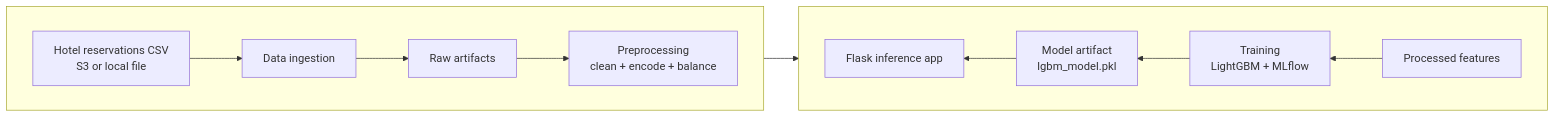
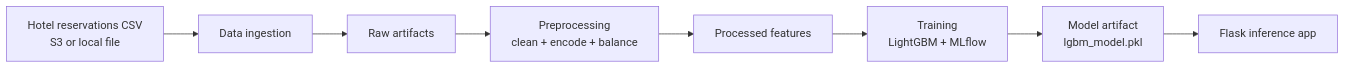
The first of 2 diagrams in README.md (Ch3rry-Pi3-AI/MLOps-Hotel-Reservation-Prediction), drawn with Mermaid before and after one commit.

Commit message:
Revise MLOps flow diagram in README
Updated the MLOps flow diagram for clarity and structure.

````diff
--- a/README.md
+++ b/README.md
@@ -18,23 +18,10 @@
 ```mermaid
 flowchart LR
-  %% Row 1
-  subgraph Row1[ ]
-    direction LR
-    A[Hotel reservations CSV\nS3 or local file]
-      --> B[Data ingestion]
-      --> C[Raw artifacts]
-      --> D[Preprocessing\nclean + encode + balance]
-  end
-
-  %% Row 2 (snakes back)
-  subgraph Row2[ ]
-    direction RL
-    E[Processed features]
-      --> F[Training\nLightGBM + MLflow]
-      --> G[Model artifact\nlgbm_model.pkl]
-      --> H[Flask inference app]
-  end
-
-  %% Row connection
-  D --> E
+    A["Hotel reservations CSV\nS3 or local file"] --> B[Data ingestion]
+    B --> C[Raw artifacts]
+    C --> D["Preprocessing\nclean + encode + balance"]
+    D --> E[Processed features]
+    E --> F["Training\nLightGBM + MLflow"]
+    F --> G["Model artifact\nlgbm_model.pkl"]
+    G --> H[Flask inference app]
 ```
````
